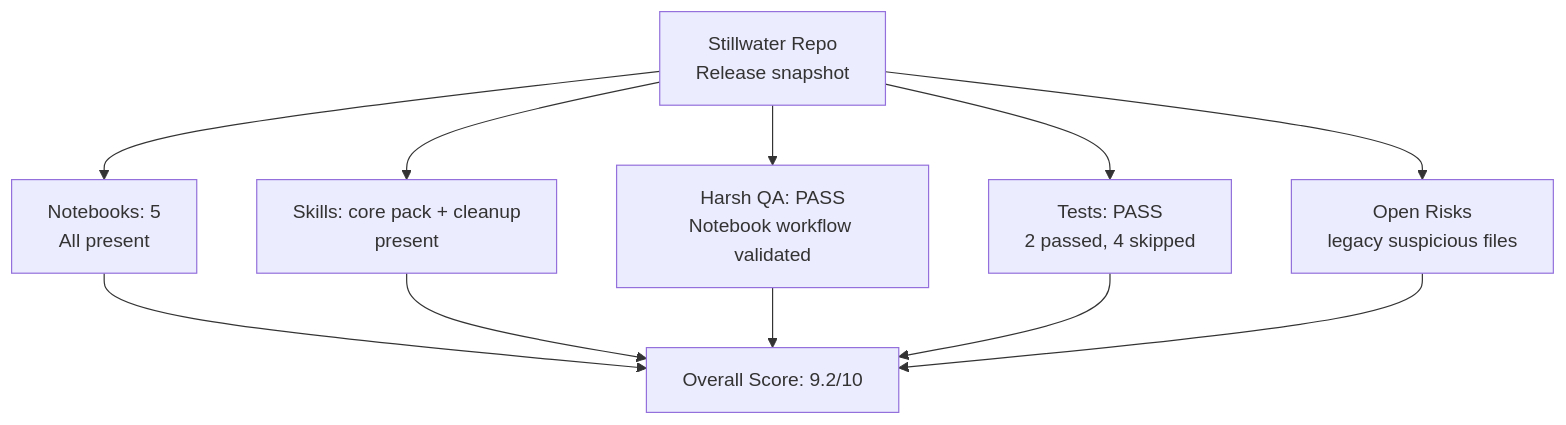
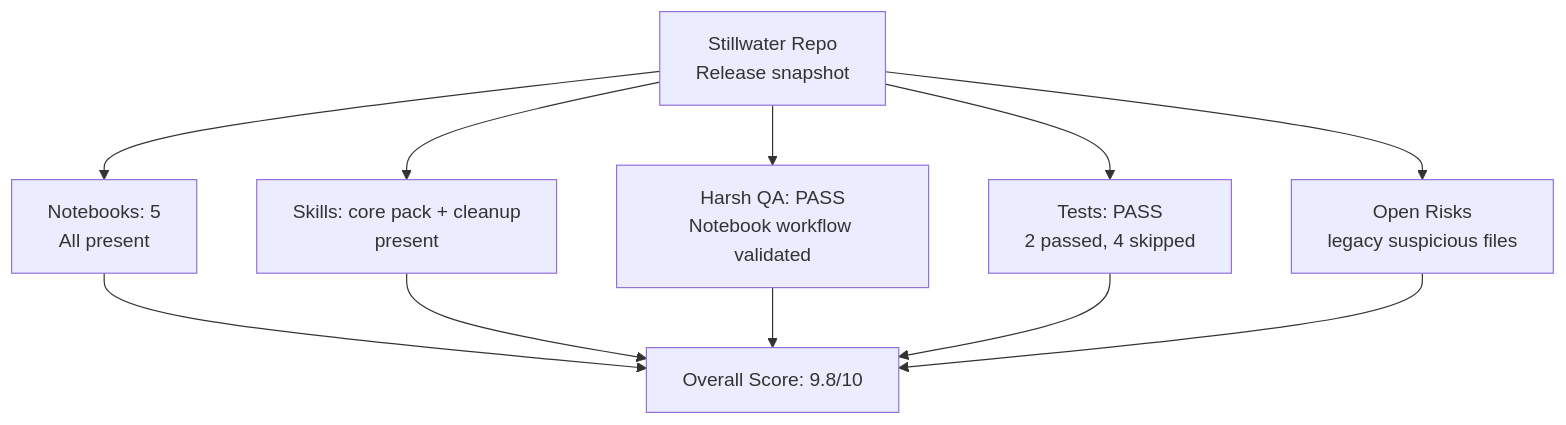
One commit to phuctruong/stillwater changed the diagram in FINAL-AUDIT.md. Above: the diagram before and after it, drawn with Mermaid. The commit also changed other lines of this file and 24 other files, not shown here.

````diff
--- a/FINAL-AUDIT.md
+++ b/FINAL-AUDIT.md
@@ -16,14 +16,14 @@
 ```mermaid
 flowchart TD
     R["Stillwater Repo\nRelease snapshot"] --> NB["Notebooks: 5\nAll present"]
     R --> SK["Skills: core pack + cleanup\npresent"]
     R --> QA["Harsh QA: PASS\nNotebook workflow validated"]
     R --> T["Tests: PASS\n2 passed, 4 skipped"]
     R --> RISK["Open Risks\nlegacy suspicious files"]
 
-    NB --> S["Overall Score: 9.2/10"]
+    NB --> S["Overall Score: 9.8/10"]
     SK --> S
     QA --> S
     T --> S
     RISK --> S
 ```
````
